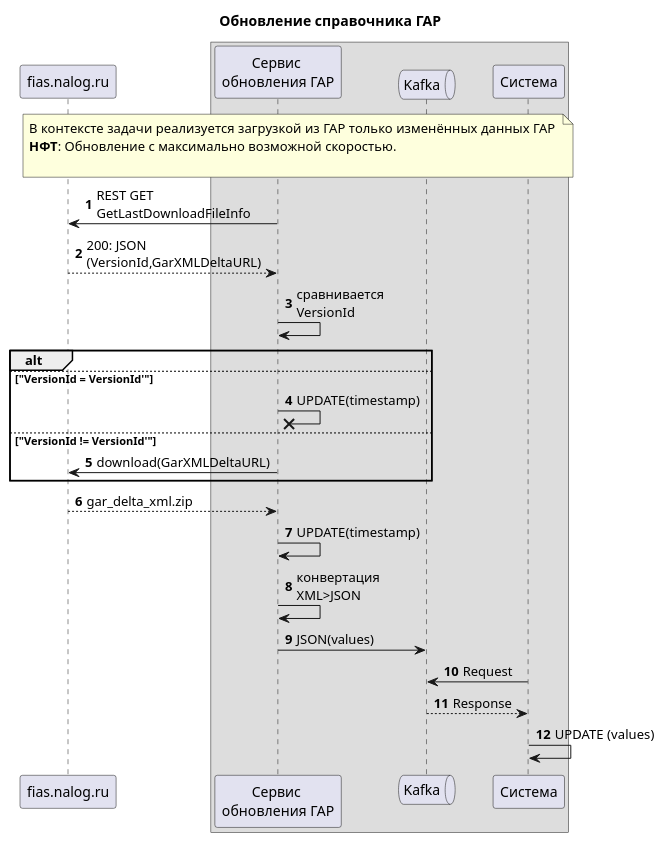
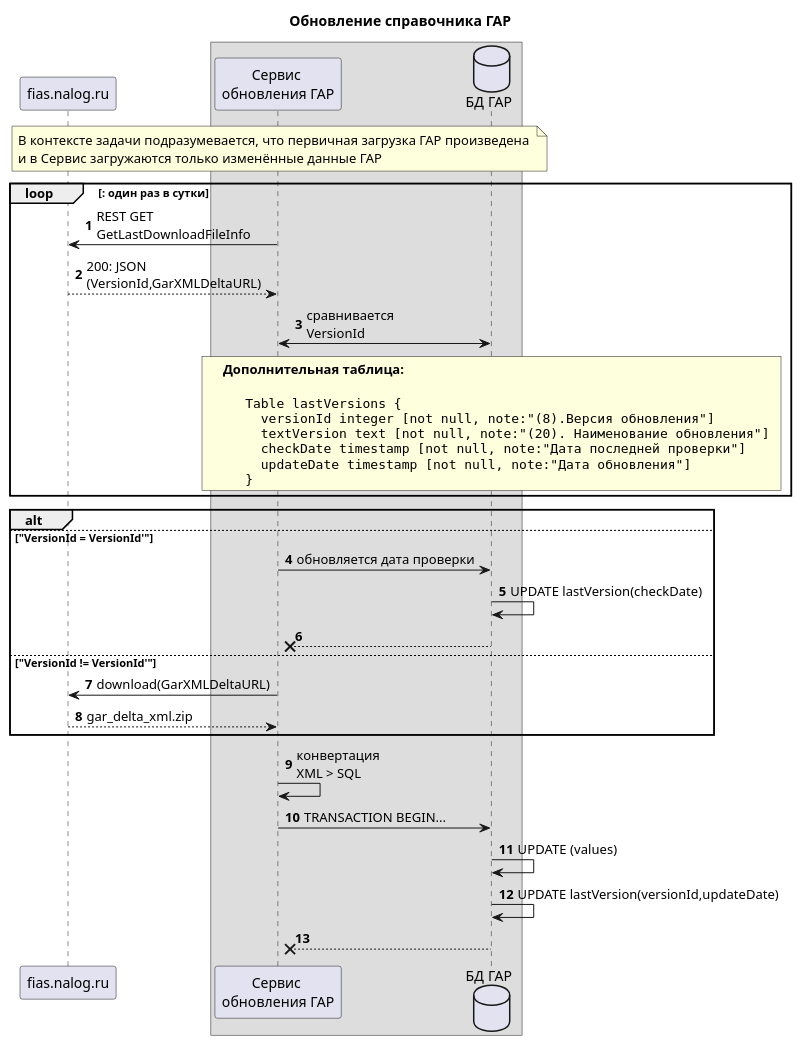
The third of 4 diagrams in HW6_MQ.md (vnukov-vv/SA_T1), drawn with PlantUML before and after one commit. The commit also changed other lines of this file, not shown here.

````diff
--- a/HW6_MQ.md
+++ b/HW6_MQ.md
@@ -99,37 +208,49 @@
 ```plantUML
 @startuml
 title Обновление справочника ГАР
 
 participant "fias.nalog.ru" as fias
 box
 participant "Сервис \nобновления ГАР" as serv
-queue "Kafka" as q
-participant "Система" as sys
+database "БД ГАР" as db
 endbox
 
-Note across : В контексте задачи реализуется загрузкой из ГАР только изменённых данных ГАР \n**НФТ**: Обновление с максимально возможной скоростью. \n
+Note across : В контексте задачи подразумевается, что первичная загрузка ГАР произведена \nи в Сервис загружаются только изменённые данные ГАР
 
 autonumber
 
+loop : один раз в сутки
 serv -> fias : REST GET \nGetLastDownloadFileInfo
 serv <-- fias : 200: JSON \n(VersionId,GarXMLDeltaURL)
+serv <-> db : сравнивается \nVersionId
+   rnote over db
+     **Дополнительная таблица:**
 
-serv -> serv : сравнивается \nVersionId
+<code>
+     Table lastVersions {
+       versionId integer [not null, note:"(8).Версия обновления"]
+       textVersion text [not null, note:"(20). Наименование обновления"] 
+       checkDate timestamp [not null, note:"Дата последней проверки"]
+       updateDate timestamp [not null, note:"Дата обновления"]
+     }
+</code>
+   end rnote
+end
 
 alt 
 else "VersionId = VersionId'"
-serv ->X serv : UPDATE(timestamp)
+serv -> db : обновляется дата проверки 
+db -> db : UPDATE lastVersion(checkDate)
+db -->X serv
 else "VersionId != VersionId'"
 serv -> fias : download(GarXMLDeltaURL)
+serv <-- fias : gar_delta_xml.zip
 end
 
-serv <-- fias : gar_delta_xml.zip
-serv -> serv : UPDATE(timestamp)
-serv -> serv : конвертация \nXML>JSON
-serv -> q : JSON(values)
-sys -> q : Request
-sys <-- q : Response
-sys -> sys : UPDATE (values)
-
+serv -> serv : конвертация \nXML > SQL
+serv -> db : TRANSACTION BEGIN...
+db -> db : UPDATE (values)
+db -> db : UPDATE lastVersion(versionId,updateDate)
+db -->X serv
 @enduml
 ```
````
